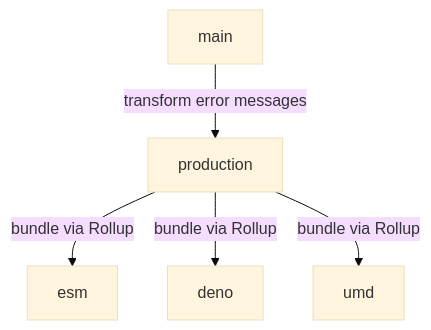
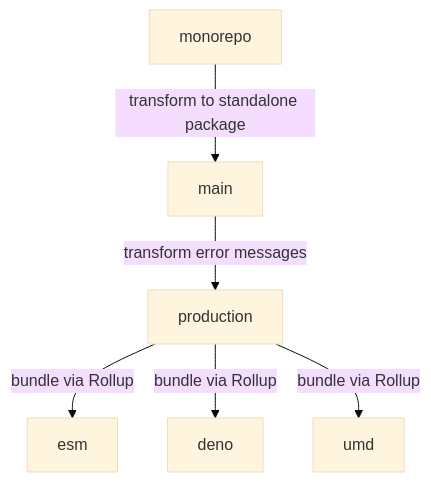
Before and after one commit to stdlib-js/string-snakecase: the diagram in branches.md, drawn with Mermaid (base theme). The commit also changed other lines of this file, not shown here.

Commit message:
Add event handlers

````diff
--- a/branches.md
+++ b/branches.md
@@ -33,7 +33,15 @@
 ```mermaid
 graph TD;
-A[main] -->|transform error messages| B[production];
-B -->|bundle via Rollup| C[esm];
-B -->|bundle via Rollup| D[deno];
-B -->|bundle via Rollup| E[umd];
+A[monorepo]-->|transform to standalone package|B;
+B[main] -->|transform error messages| C[production];
+C -->|bundle via Rollup| D[esm];
+C -->|bundle via Rollup| E[deno];
+C -->|bundle via Rollup| F[umd];
+
+click A href "https://github.com/stdlib-js/stdlib/tree/develop/lib/node_modules/%40stdlib/string/snakecase"
+click B href "https://github.com/stdlib-js/string-snakecase/tree/main"
+click C href "https://github.com/stdlib-js/string-snakecase/tree/production"
+click D href "https://github.com/stdlib-js/string-snakecase/tree/esm"
+click E href "https://github.com/stdlib-js/string-snakecase/tree/deno"
+click F href "https://github.com/stdlib-js/string-snakecase/tree/umd"
 ```
````
